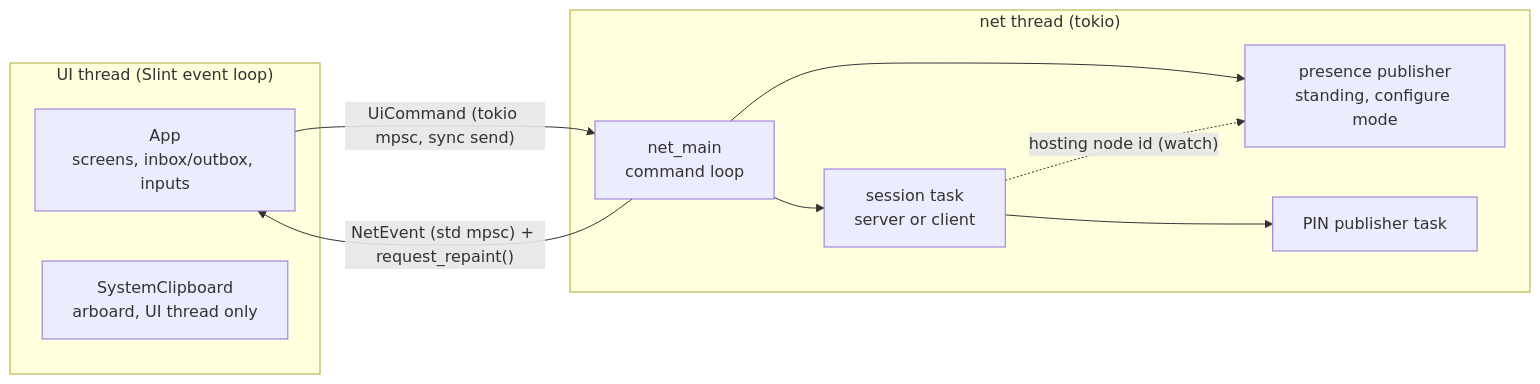
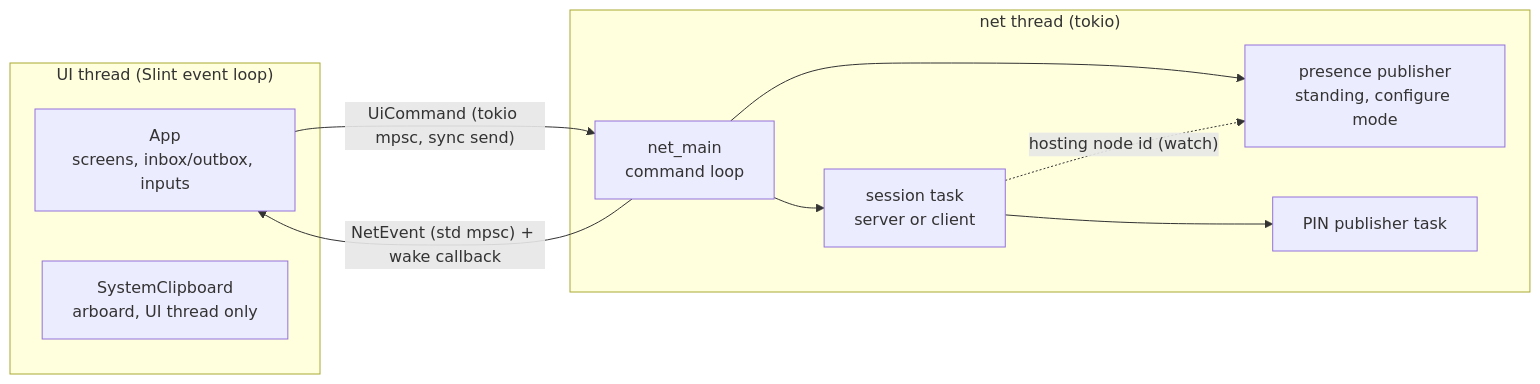
Before and after one commit to andrewtheguy/duocb: the diagram in docs/ARCHITECTURE.md, drawn with Mermaid. The commit also changed other lines of this file and 10 other files, not shown here.

````diff
--- a/docs/ARCHITECTURE.md
+++ b/docs/ARCHITECTURE.md
@@ -63,19 +63,19 @@
 ```mermaid
 graph LR
     subgraph "UI thread (Slint event loop)"
         A[App<br/>screens, inbox/outbox, inputs]
         CB[SystemClipboard<br/>arboard, UI thread only]
     end
     subgraph "net thread (tokio)"
         M[net_main<br/>command loop]
         S[session task<br/>server or client]
         PR[presence publisher<br/>standing, configure mode]
         P[PIN publisher task]
     end
     A -- "UiCommand (tokio mpsc, sync send)" --> M
-    M -- "NetEvent (std mpsc) + request_repaint()" --> A
+    M -- "NetEvent (std mpsc) + wake callback" --> A
     M --> S
     M --> PR
     S --> P
     S -. "hosting node id (watch)" .-> PR
 ```
````
